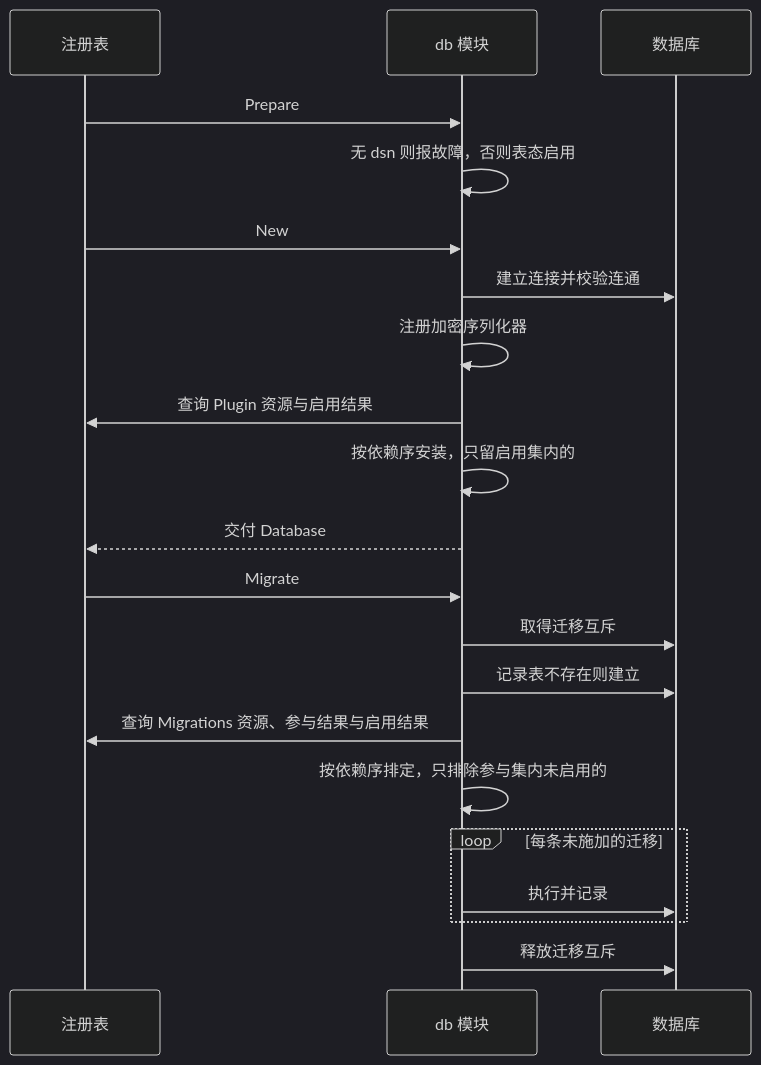
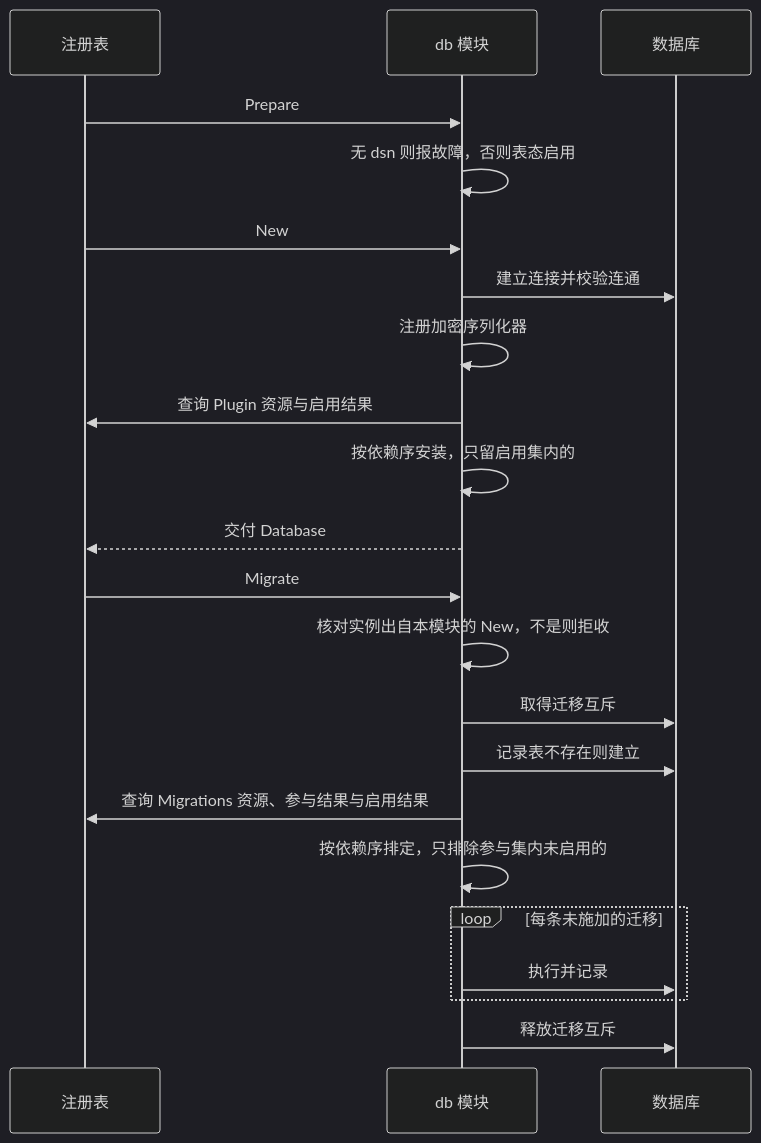
Before and after one commit to wangzw/speed: the second of 2 diagrams in docs/design/modules/design-db.md, drawn with Mermaid (dark theme). The commit also changed other lines of this file and 56 other files, not shown here.

````diff
--- a/docs/design/modules/design-db.md
+++ b/docs/design/modules/design-db.md
@@ -268,23 +268,24 @@
 ```mermaid
 sequenceDiagram
     participant R as 注册表
     participant D as db 模块
     participant G as 数据库
     R->>D: Prepare
     D->>D: 无 dsn 则报故障，否则表态启用
     R->>D: New
     D->>G: 建立连接并校验连通
     D->>D: 注册加密序列化器
     D->>R: 查询 Plugin 资源与启用结果
     D->>D: 按依赖序安装，只留启用集内的
     D-->>R: 交付 Database
     R->>D: Migrate
+    D->>D: 核对实例出自本模块的 New，不是则拒收
     D->>G: 取得迁移互斥
     D->>G: 记录表不存在则建立
     D->>R: 查询 Migrations 资源、参与结果与启用结果
     D->>D: 按依赖序排定，只排除参与集内未启用的
     loop 每条未施加的迁移
         D->>G: 执行并记录
     end
     D->>G: 释放迁移互斥
 ```
````
